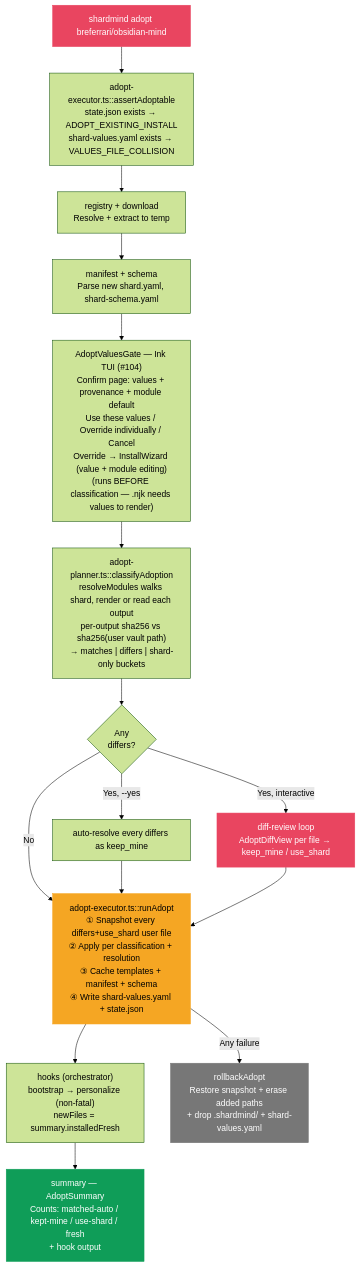
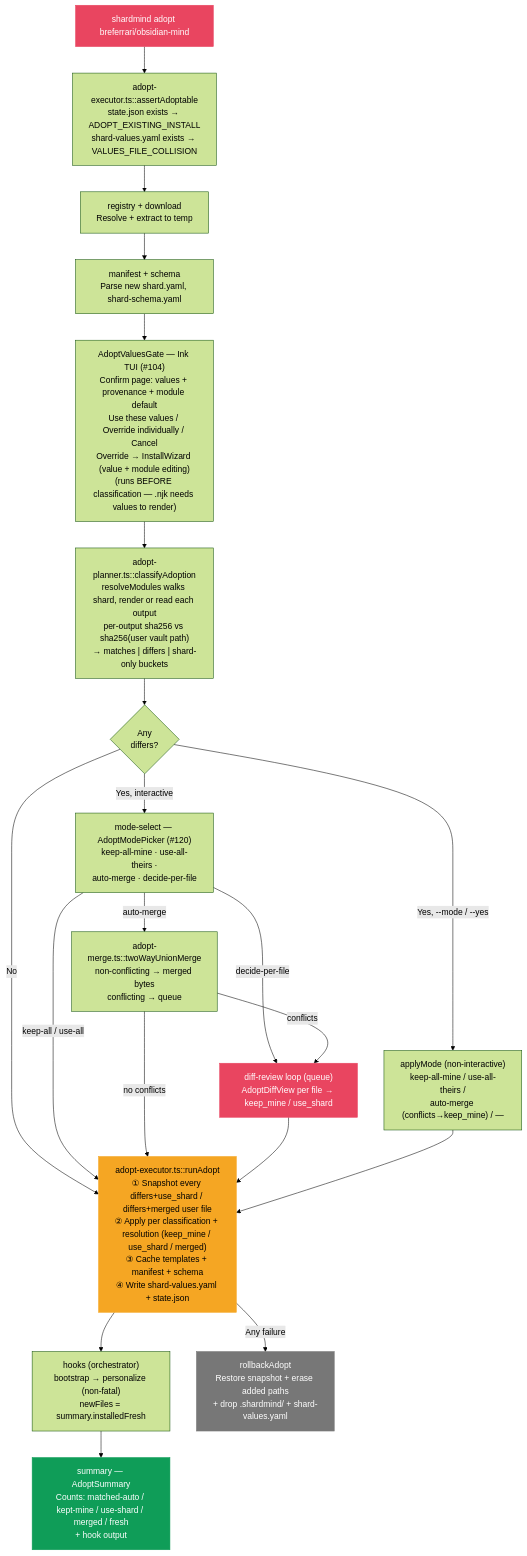
The fourth of 4 diagrams in docs/IMPLEMENTATION.md (breferrari/shardmind), drawn with Mermaid (forest theme) before and after one commit. The commit also changed 19 other files, not shown here.

First line of the commit message:
feat(adopt): batch operations — keep-all / use-all / auto-merge / per-file (#120) (#131)

````diff
--- a/docs/IMPLEMENTATION.md
+++ b/docs/IMPLEMENTATION.md
@@ -153,33 +153,39 @@
 ```mermaid
 graph TD
     A["shardmind adopt breferrari/obsidian-mind"] --> P1
     P1["adopt-executor.ts::assertAdoptable<br/>state.json exists → ADOPT_EXISTING_INSTALL<br/>shard-values.yaml exists → VALUES_FILE_COLLISION"] --> B
 
     B["registry + download<br/>Resolve + extract to temp"] --> C
     C["manifest + schema<br/>Parse new shard.yaml, shard-schema.yaml"] --> D
 
     D["AdoptValuesGate — Ink TUI (#104)<br/>Confirm page: values + provenance + module default<br/>Use these values / Override individually / Cancel<br/>Override → InstallWizard (value + module editing)<br/>(runs BEFORE classification — .njk needs values to render)"] --> E
 
     E["adopt-planner.ts::classifyAdoption<br/>resolveModules walks shard, render or read each output<br/>per-output sha256 vs sha256(user vault path)<br/>→ matches | differs | shard-only buckets"] --> F1
 
     F1{Any<br/>differs?}
-    F1 -->|Yes, --yes| F2["auto-resolve every differs as keep_mine"]
-    F1 -->|Yes, interactive| F3["diff-review loop<br/>AdoptDiffView per file → keep_mine / use_shard"]
+    F1 -->|"Yes, --mode / --yes"| F2["applyMode (non-interactive)<br/>keep-all-mine / use-all-theirs /<br/>auto-merge (conflicts→keep_mine) / —"]
+    F1 -->|Yes, interactive| FM["mode-select — AdoptModePicker (#120)<br/>keep-all-mine · use-all-theirs ·<br/>auto-merge · decide-per-file"]
     F1 -->|No| G
 
+    FM -->|keep-all / use-all| G
+    FM -->|"auto-merge"| FA["adopt-merge.ts::twoWayUnionMerge<br/>non-conflicting → merged bytes<br/>conflicting → queue"]
+    FM -->|decide-per-file| F3
+    FA -->|conflicts| F3
+    FA -->|no conflicts| G
+    F3["diff-review loop (queue)<br/>AdoptDiffView per file → keep_mine / use_shard"] --> G
+
     F2 --> G
-    F3 --> G
 
-    G["adopt-executor.ts::runAdopt<br/>① Snapshot every differs+use_shard user file<br/>② Apply per classification + resolution<br/>③ Cache templates + manifest + schema<br/>④ Write shard-values.yaml + state.json"] --> H
+    G["adopt-executor.ts::runAdopt<br/>① Snapshot every differs+use_shard / differs+merged user file<br/>② Apply per classification + resolution (keep_mine / use_shard / merged)<br/>③ Cache templates + manifest + schema<br/>④ Write shard-values.yaml + state.json"] --> H
 
     H["hooks (orchestrator)<br/>bootstrap → personalize (non-fatal)<br/>newFiles = summary.installedFresh"] --> I
-    I["summary — AdoptSummary<br/>Counts: matched-auto / kept-mine / use-shard / fresh<br/>+ hook output"]
+    I["summary — AdoptSummary<br/>Counts: matched-auto / kept-mine / use-shard / merged / fresh<br/>+ hook output"]
 
     G -->|Any failure| R["rollbackAdopt<br/>Restore snapshot + erase added paths<br/>+ drop .shardmind/ + shard-values.yaml"]
 
     style A fill:#e94560,stroke:#e94560,color:#fff
     style F3 fill:#e94560,stroke:#e94560,color:#fff
     style G fill:#f5a623,stroke:#f5a623,color:#000
     style I fill:#0f9d58,stroke:#0f9d58,color:#fff
     style R fill:#777,stroke:#777,color:#fff
 ```
````
